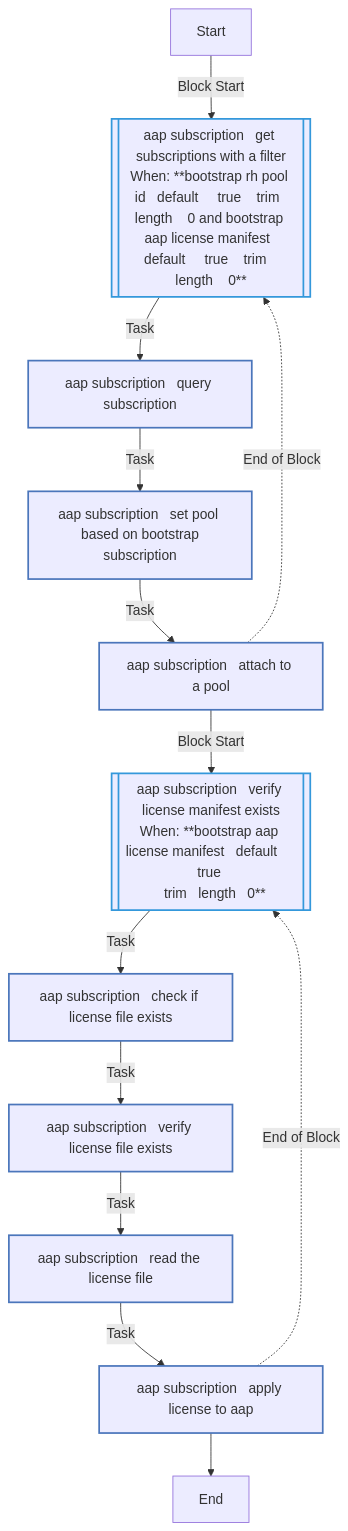
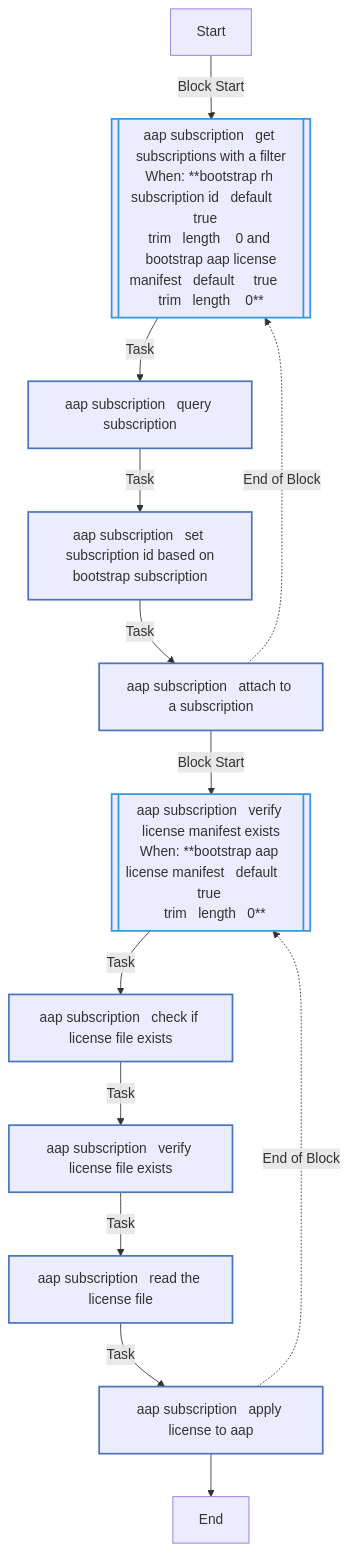
Before and after one commit to stevefulme1/openshift_virtualization_migration: the fourth of 5 diagrams in roles/bootstrap/README.md, drawn with Mermaid. The commit also changed other lines of this file and 51 other files, not shown here.

````diff
--- a/roles/bootstrap/README.md
+++ b/roles/bootstrap/README.md
@@ -174,25 +197,25 @@
 ```mermaid
 flowchart TD
 Start
 classDef block stroke:#3498db,stroke-width:2px;
 classDef task stroke:#4b76bb,stroke-width:2px;
 classDef includeTasks stroke:#16a085,stroke-width:2px;
 classDef importTasks stroke:#34495e,stroke-width:2px;
 classDef includeRole stroke:#2980b9,stroke-width:2px;
 classDef importRole stroke:#699ba7,stroke-width:2px;
 classDef includeVars stroke:#8e44ad,stroke-width:2px;
 classDef rescue stroke:#665352,stroke-width:2px;
 
-  Start-->|Block Start| aap_subscription___Get_subscriptions_with_a_filter0_block_start_0[[aap subscription   get subscriptions with a filter<br>When: **bootstrap rh pool id   default     true    trim  <br>length    0 and bootstrap aap license manifest  <br>default     true    trim   length    0**]]:::block
+  Start-->|Block Start| aap_subscription___Get_subscriptions_with_a_filter0_block_start_0[[aap subscription   get subscriptions with a filter<br>When: **bootstrap rh subscription id   default     true   <br>trim   length    0 and bootstrap aap license<br>manifest   default     true    trim   length    0**]]:::block
   aap_subscription___Get_subscriptions_with_a_filter0_block_start_0-->|Task| aap_subscription___Query_Subscription0[aap subscription   query subscription]:::task
-  aap_subscription___Query_Subscription0-->|Task| aap_subscription___Set_pool_based_on_bootstrap_subscription1[aap subscription   set pool based on bootstrap<br>subscription]:::task
-  aap_subscription___Set_pool_based_on_bootstrap_subscription1-->|Task| aap_subscription___Attach_to_a_pool2[aap subscription   attach to a pool]:::task
-  aap_subscription___Attach_to_a_pool2-.->|End of Block| aap_subscription___Get_subscriptions_with_a_filter0_block_start_0
-  aap_subscription___Attach_to_a_pool2-->|Block Start| aap_subscription___Verify_License_Manifest_Exists1_block_start_0[[aap subscription   verify license manifest exists<br>When: **bootstrap aap license manifest   default     true <br>  trim   length   0**]]:::block
+  aap_subscription___Query_Subscription0-->|Task| aap_subscription___Set_subscription_ID_based_on_bootstrap_subscription1[aap subscription   set subscription id based on<br>bootstrap subscription]:::task
+  aap_subscription___Set_subscription_ID_based_on_bootstrap_subscription1-->|Task| aap_subscription___Attach_to_a_subscription2[aap subscription   attach to a subscription]:::task
+  aap_subscription___Attach_to_a_subscription2-.->|End of Block| aap_subscription___Get_subscriptions_with_a_filter0_block_start_0
+  aap_subscription___Attach_to_a_subscription2-->|Block Start| aap_subscription___Verify_License_Manifest_Exists1_block_start_0[[aap subscription   verify license manifest exists<br>When: **bootstrap aap license manifest   default     true <br>  trim   length   0**]]:::block
   aap_subscription___Verify_License_Manifest_Exists1_block_start_0-->|Task| aap_subscription___Check_if_license_file_exists0[aap subscription   check if license file exists]:::task
   aap_subscription___Check_if_license_file_exists0-->|Task| aap_subscription___Verify_license_file_exists1[aap subscription   verify license file exists]:::task
   aap_subscription___Verify_license_file_exists1-->|Task| aap_subscription___Read_the_License_file2[aap subscription   read the license file]:::task
   aap_subscription___Read_the_License_file2-->|Task| aap_subscription___Apply_license_to_AAP3[aap subscription   apply license to aap]:::task
   aap_subscription___Apply_license_to_AAP3-.->|End of Block| aap_subscription___Verify_License_Manifest_Exists1_block_start_0
   aap_subscription___Apply_license_to_AAP3-->End
 ```
````
